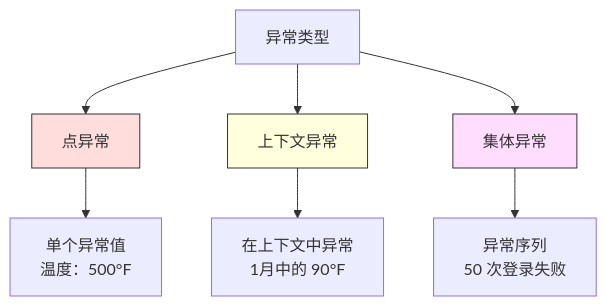
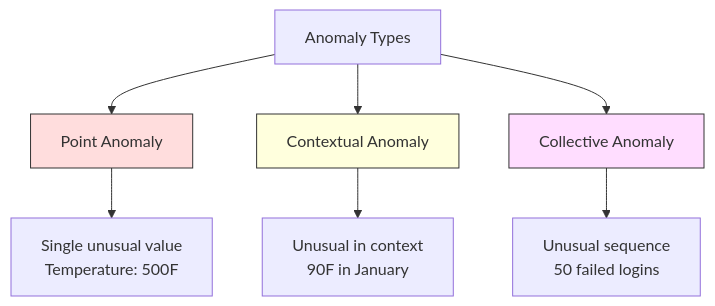
Before and after one commit to xiaojiaenen/ai-engineering-from-scratch-zh: the first of 3 diagrams in i18n/zh/phases/02-ml-fundamentals/16-anomaly-detection/docs/zh.md, drawn with Mermaid. The commit also changed other lines of this file and 18 other files, not shown here.

````diff
--- a/i18n/zh/phases/02-ml-fundamentals/16-anomaly-detection/docs/zh.md
+++ b/i18n/zh/phases/02-ml-fundamentals/16-anomaly-detection/docs/zh.md
@@ -39,14 +39,14 @@
 ```mermaid
 flowchart TD
-    A[异常类型] --> B[点异常]
-    A --> C[上下文异常]
-    A --> D[集体异常]
+    A[Anomaly Types] --> B[Point Anomaly]
+    A --> C[Contextual Anomaly]
+    A --> D[Collective Anomaly]
 
-    B --> B1["单个异常值<br/>温度：500°F"]
-    C --> C1["在上下文中异常<br/>1月中的 90°F"]
-    D --> D1["异常序列<br/>50 次登录失败"]
+    B --> B1["Single unusual value<br/>Temperature: 500F"]
+    C --> C1["Unusual in context<br/>90F in January"]
+    D --> D1["Unusual sequence<br/>50 failed logins"]
 
     style B fill:#fdd,stroke:#333
     style C fill:#ffd,stroke:#333
     style D fill:#fdf,stroke:#333
 ```
````
